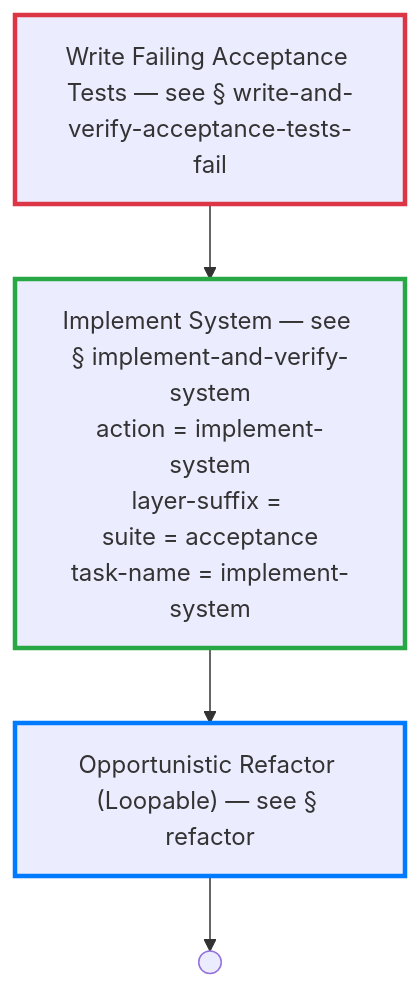
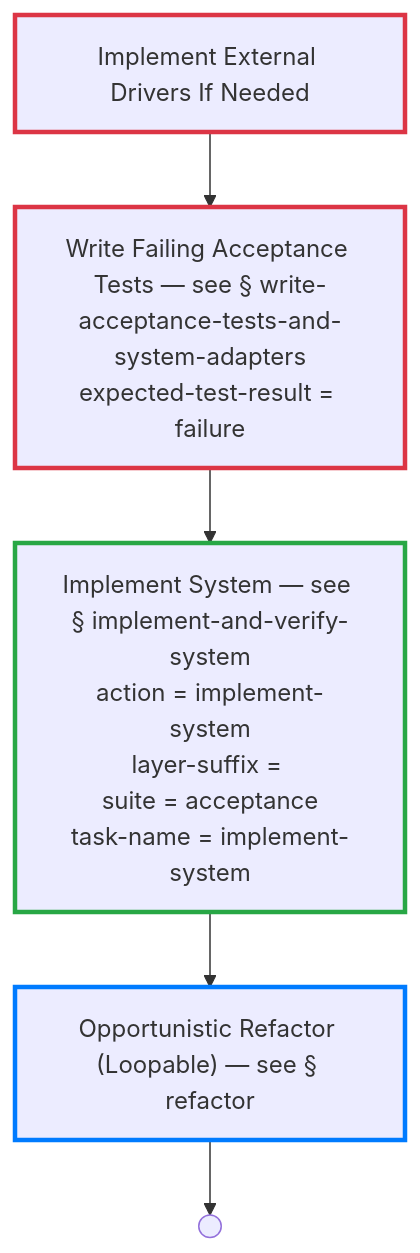
Before and after one commit to optivem/gh-optivem: the seventh of 54 diagrams in docs/process-diagram.md, drawn with Mermaid. The commit also changed other lines of this file and 50 other files, not shown here.

Commit message:
atdd: regenerate process-flow diagram

````diff
--- a/docs/process-diagram.md
+++ b/docs/process-diagram.md
@@ -169,20 +169,22 @@
 ```mermaid
 flowchart TD
-    WRITE_AND_VERIFY_ACCEPTANCE_TESTS_FAIL[Write Failing Acceptance Tests — see § write-and-verify-acceptance-tests-fail]
+    IMPLEMENT_EXTERNAL_DRIVERS_IF_NEEDED[Implement External Drivers If Needed]
+    WRITE_ACCEPTANCE_TESTS_AND_SYSTEM_ADAPTERS["Write Failing Acceptance Tests — see § write-acceptance-tests-and-system-adapters<br/>expected-test-result = failure"]
     IMPLEMENT_AND_VERIFY_SYSTEM["Implement System — see § implement-and-verify-system<br/>action = implement-system<br/>layer-suffix = <br/>suite = acceptance<br/>task-name = implement-system"]
     REFACTOR_OPPORTUNISTICALLY["Opportunistic Refactor (Loopable) — see § refactor"]
     CHANGE_SYSTEM_BEHAVIOR_END(( ))
 
-    WRITE_AND_VERIFY_ACCEPTANCE_TESTS_FAIL --> IMPLEMENT_AND_VERIFY_SYSTEM
+    IMPLEMENT_EXTERNAL_DRIVERS_IF_NEEDED --> WRITE_ACCEPTANCE_TESTS_AND_SYSTEM_ADAPTERS
+    WRITE_ACCEPTANCE_TESTS_AND_SYSTEM_ADAPTERS --> IMPLEMENT_AND_VERIFY_SYSTEM
     IMPLEMENT_AND_VERIFY_SYSTEM --> REFACTOR_OPPORTUNISTICALLY
     REFACTOR_OPPORTUNISTICALLY --> CHANGE_SYSTEM_BEHAVIOR_END
 
     classDef tddRedNode stroke:#dc3545,stroke-width:3px
-    class WRITE_AND_VERIFY_ACCEPTANCE_TESTS_FAIL tddRedNode
+    class IMPLEMENT_EXTERNAL_DRIVERS_IF_NEEDED,WRITE_ACCEPTANCE_TESTS_AND_SYSTEM_ADAPTERS tddRedNode
 
     classDef tddGreenNode stroke:#28a745,stroke-width:3px
     class IMPLEMENT_AND_VERIFY_SYSTEM tddGreenNode
 
     classDef tddRefactorNode stroke:#007bff,stroke-width:3px
     class REFACTOR_OPPORTUNISTICALLY tddRefactorNode
 ```
````
